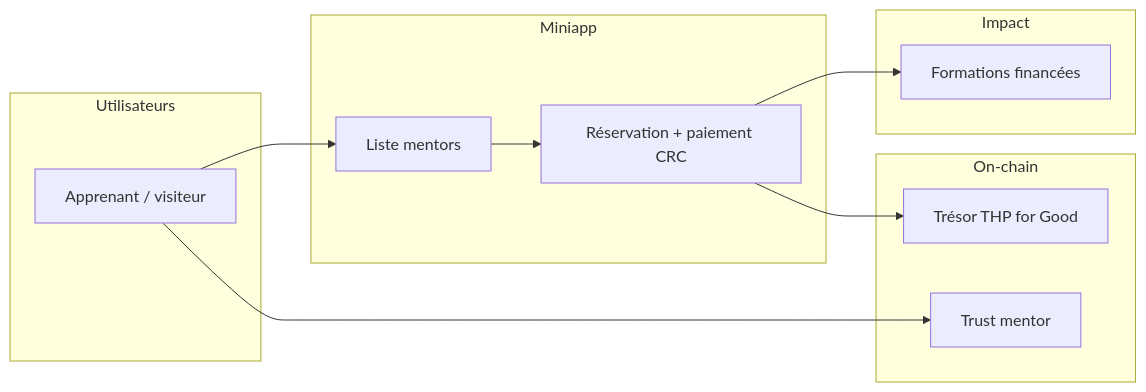
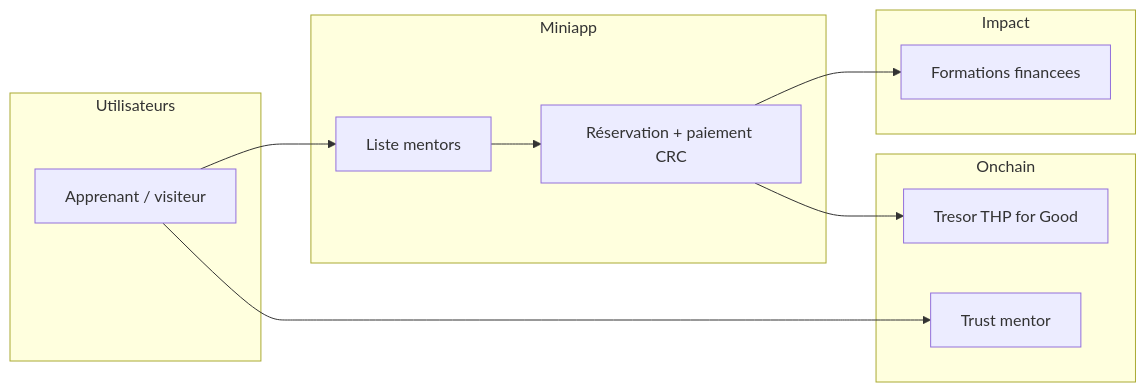
One commit to gnosis-box/THP-for-Good changed the diagram in docs/01-presentation.md. Above: the diagram before and after it, drawn with Mermaid. The commit also changed other lines of this file and 7 other files, not shown here.

````diff
--- a/docs/01-presentation.md
+++ b/docs/01-presentation.md
@@ -9,20 +22,20 @@
 ```mermaid
 flowchart LR
   subgraph Utilisateurs
     U[Apprenant / visiteur]
   end
   subgraph Miniapp
     M[Liste mentors]
     B[Réservation + paiement CRC]
   end
-  subgraph On-chain
-    T[Trésor THP for Good]
+  subgraph Onchain
+    T[Tresor THP for Good]
     TR[Trust mentor]
   end
   subgraph Impact
-    F[Formations financées]
+    F[Formations financees]
   end
   U --> M --> B --> T
   B --> F
   U --> TR
 ```
````
